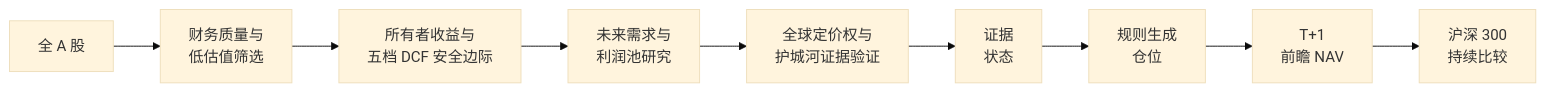
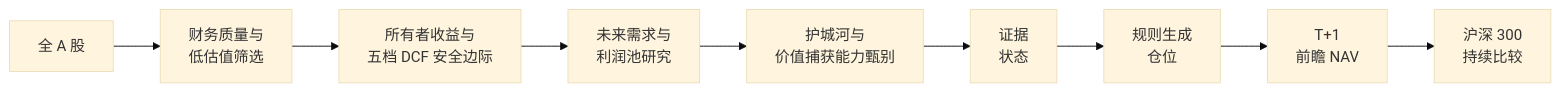
One commit to MIngQian04/a-share-moat-value-strategy changed the diagram in README.zh-CN.md. Above: the diagram before and after it, drawn with Mermaid (base theme). The commit also changed other lines of this file and 4 other files, not shown here.

````diff
--- a/README.zh-CN.md
+++ b/README.zh-CN.md
@@ -55,11 +53,11 @@
 ```mermaid
 flowchart LR
     A["全 A 股"] --> B["财务质量与<br/>低估值筛选"]
     B --> C["所有者收益与<br/>五档 DCF 安全边际"]
     C --> D["未来需求与<br/>利润池研究"]
-    D --> E["全球定价权与<br/>护城河证据验证"]
+    D --> E["护城河与<br/>价值捕获能力甄别"]
     E --> F["证据<br/>状态"]
     F --> G["规则生成<br/>仓位"]
     G --> H["T+1<br/>前瞻 NAV"]
     H --> I["沪深 300<br/>持续比较"]
 ```
````
